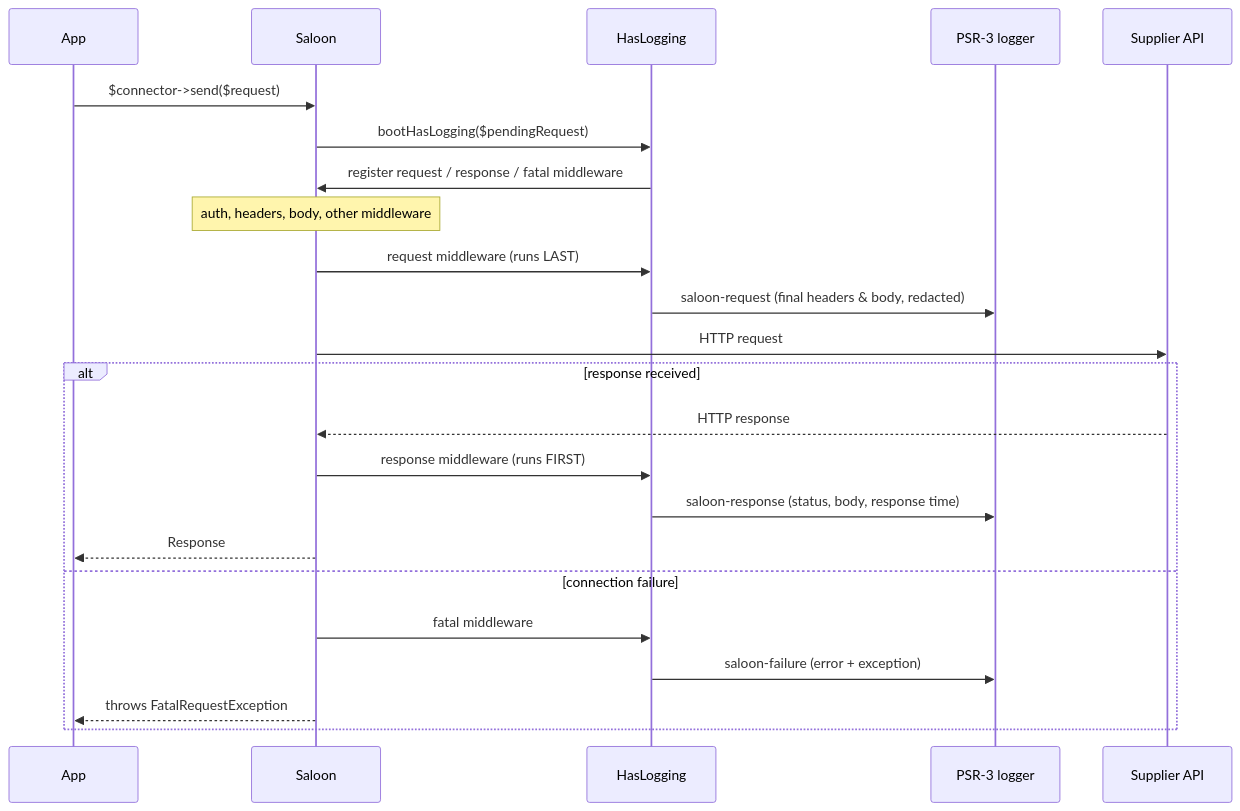
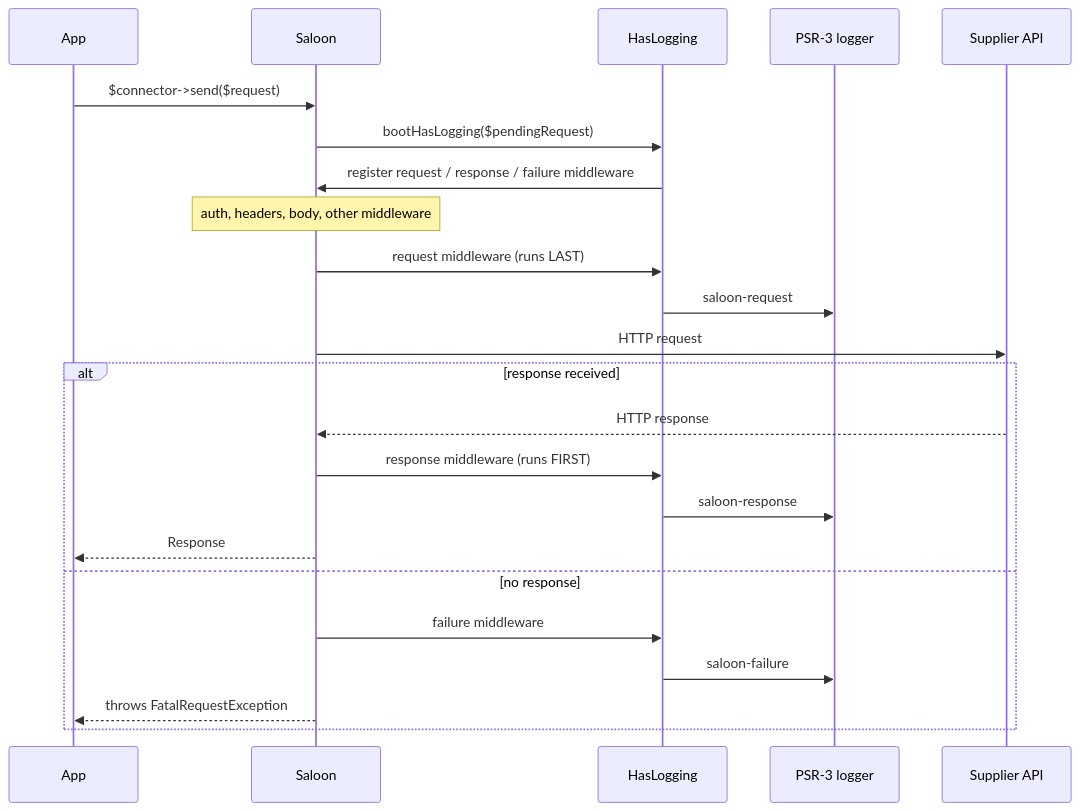
The diagram in README.md (milzer-tech/laravel-http-logger), drawn with Mermaid before and after one commit. The commit also changed other lines of this file, not shown here.

````diff
--- a/README.md
+++ b/README.md
@@ -597,26 +735,26 @@
 ```mermaid
 sequenceDiagram
     participant App
     participant Saloon
     participant Plugin as HasLogging
     participant Logger as PSR-3 logger
     participant API as Supplier API
 
     App->>Saloon: $connector->send($request)
     Saloon->>Plugin: bootHasLogging($pendingRequest)
-    Plugin->>Saloon: register request / response / fatal middleware
+    Plugin->>Saloon: register request / response / failure middleware
     Note over Saloon: auth, headers, body, other middleware
     Saloon->>Plugin: request middleware (runs LAST)
-    Plugin->>Logger: saloon-request (final headers & body, redacted)
+    Plugin->>Logger: saloon-request
     Saloon->>API: HTTP request
     alt response received
         API-->>Saloon: HTTP response
         Saloon->>Plugin: response middleware (runs FIRST)
-        Plugin->>Logger: saloon-response (status, body, response time)
+        Plugin->>Logger: saloon-response
         Saloon-->>App: Response
-    else connection failure
-        Saloon->>Plugin: fatal middleware
-        Plugin->>Logger: saloon-failure (error + exception)
+    else no response
+        Saloon->>Plugin: failure middleware
+        Plugin->>Logger: saloon-failure
         Saloon-->>App: throws FatalRequestException
     end
 ```
````
